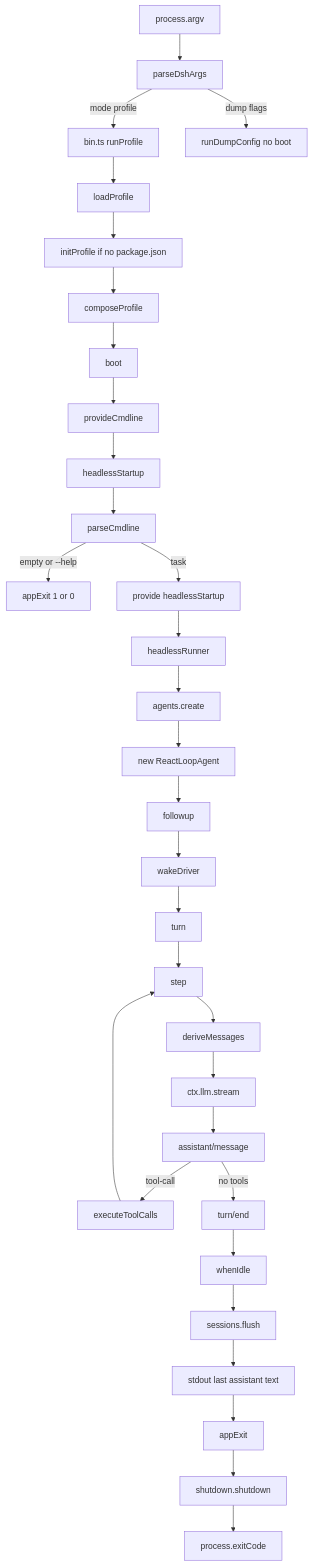
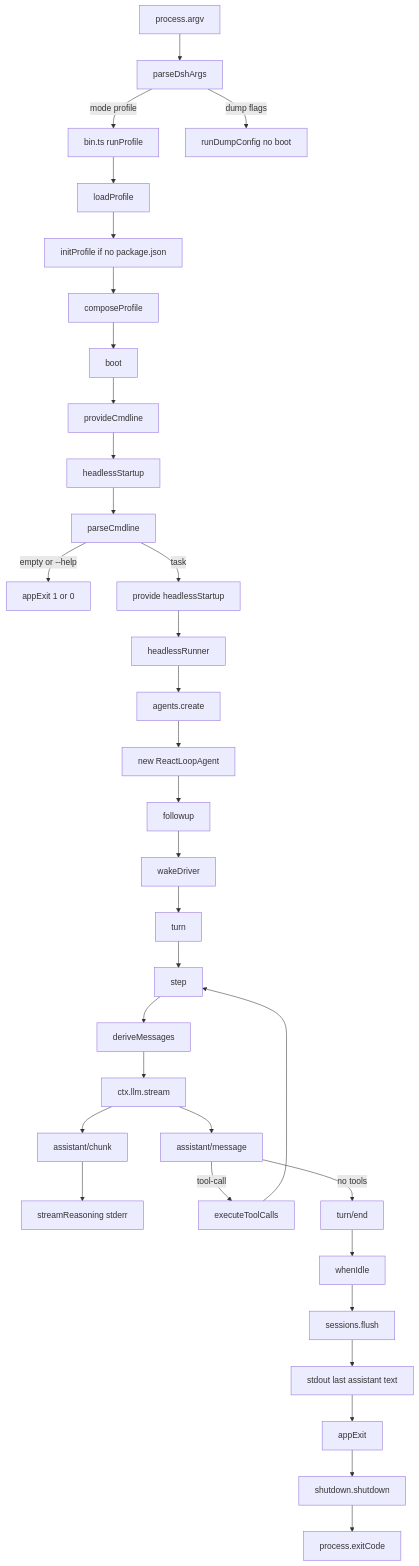
Before and after one commit to wdnmdtonyma/SOTA-Agent-LLM-Wiki: the diagram in docs/llm-wiki/deepseek-harness/spine/trace-headless-turn.md, drawn with Mermaid. The commit also changed other lines of this file and 217 other files, not shown here.

````diff
--- a/docs/llm-wiki/deepseek-harness/spine/trace-headless-turn.md
+++ b/docs/llm-wiki/deepseek-harness/spine/trace-headless-turn.md
@@ -70,34 +70,36 @@
 ```mermaid
 flowchart TD
   argv["process.argv"] --> parseDshArgs
   parseDshArgs -->|"mode profile"| binProfile["bin.ts runProfile"]
   parseDshArgs -->|"dump flags"| dumpConfig["runDumpConfig no boot"]
   binProfile --> loadProfile
   loadProfile --> initProfile["initProfile if no package.json"]
   initProfile --> composeProfile
   composeProfile --> boot
   boot --> provideCmdline
   provideCmdline --> headlessStartup
   headlessStartup --> parseCmdline
   parseCmdline -->|"empty or --help"| earlyExit["appExit 1 or 0"]
   parseCmdline -->|task| provideSvc["provide headlessStartup"]
   provideSvc --> headlessRunner
   headlessRunner --> agentsCreate["agents.create"]
   agentsCreate --> reactLoop["new ReactLoopAgent"]
   reactLoop --> followup
   followup --> wakeDriver
   wakeDriver --> turn
   turn --> step
   step --> deriveMessages
   deriveMessages --> llmStream["ctx.llm.stream"]
+  llmStream --> assistantChunk["assistant/chunk"]
+  assistantChunk --> reasoning["streamReasoning stderr"]
   llmStream --> assistantMsg["assistant/message"]
   assistantMsg -->|"tool-call"| executeToolCalls
   executeToolCalls --> step
   assistantMsg -->|"no tools"| turnEnd["turn/end"]
   turnEnd --> whenIdle
   whenIdle --> flush["sessions.flush"]
   flush --> stdout["stdout last assistant text"]
   stdout --> appExit
   appExit --> shutdown["shutdown.shutdown"]
   shutdown --> exitCode["process.exitCode"]
 ```
````
